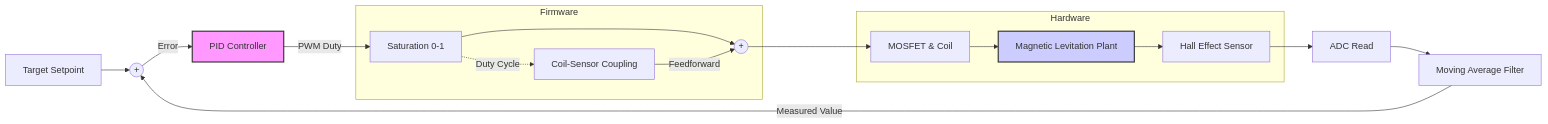
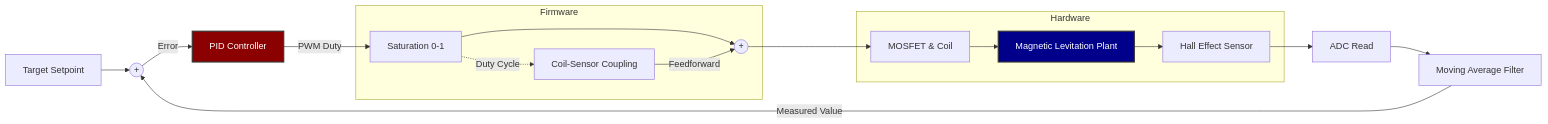
Before and after one commit to michele-bisignano/Aether-Lock: the diagram in Docs/Theory/Mathematical_Model.md, drawn with Mermaid.

Commit message:
Improve diagram readability by updating PID and Plant block colors in the mathematical model documentation

````diff
--- a/Docs/Theory/Mathematical_Model.md
+++ b/Docs/Theory/Mathematical_Model.md
@@ -131,26 +131,27 @@
 ```mermaid
 graph LR
     R[Target Setpoint] --> Sum((+))
     Sum --> |Error| PID[PID Controller]
     PID --> |PWM Duty| Sat[Saturation 0-1]
     
     subgraph Firmware
     Sat --> FF_Sum((+))
     FF[Coil-Sensor Coupling] --> |Feedforward| FF_Sum
     end
     
     subgraph Hardware
     FF_Sum --> Driver[MOSFET & Coil]
     Driver --> Plant[Magnetic Levitation Plant]
     Plant --> Sensor[Hall Effect Sensor]
     end
     
     Sensor --> ADC[ADC Read]
     ADC --> Filter[Moving Average Filter]
     Filter --> |Measured Value| Sum
     
     Sat -.-> |Duty Cycle| FF
     
-    style PID fill:#f9f,stroke:#333,stroke-width:2px
-    style Plant fill:#ccf,stroke:#333,stroke-width:2px
+    %% Colori scuri con testo bianco per leggibilità
+    style PID fill:#8B0000,stroke:#333,stroke-width:2px,color:#fff
+    style Plant fill:#00008B,stroke:#333,stroke-width:2px,color:#fff
 ```
````
